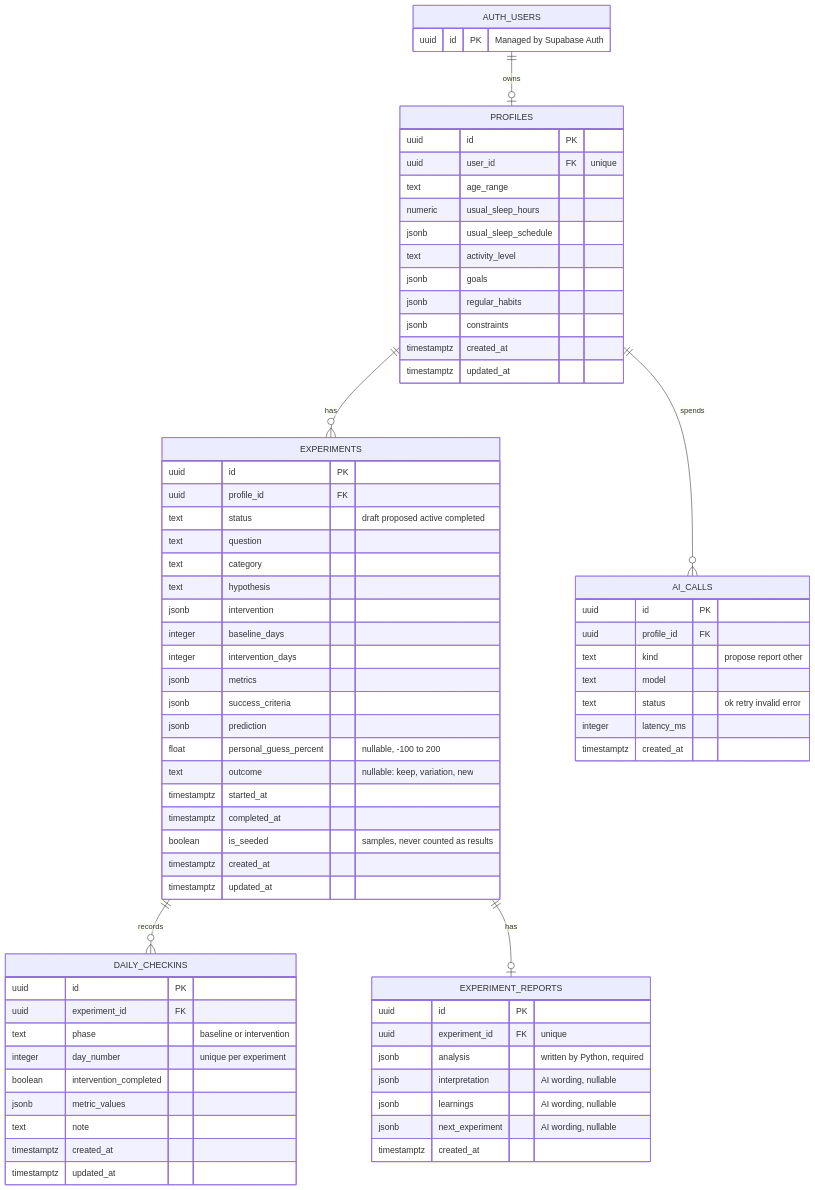
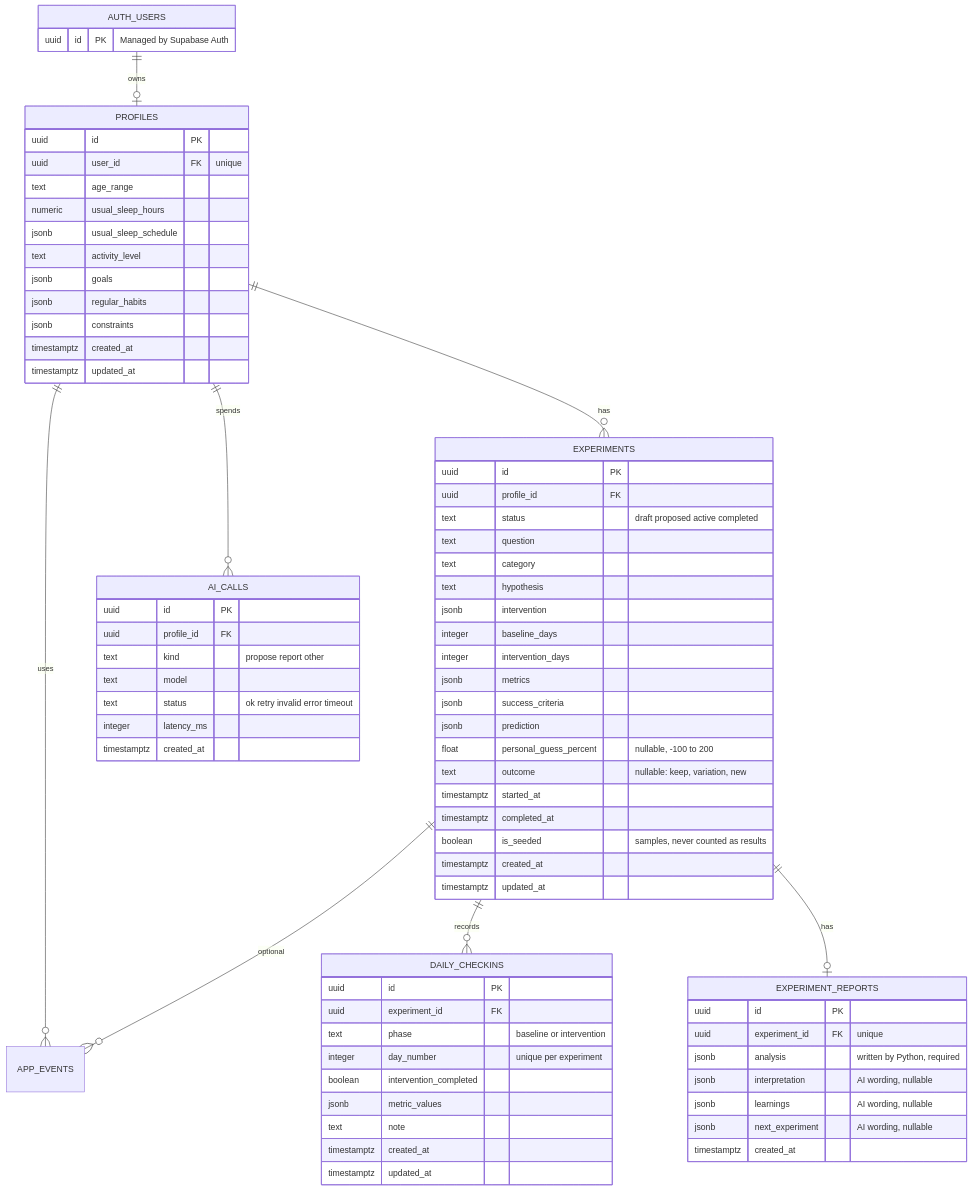
The second of 6 diagrams in docs/ARCHITECTURE.md (mnahsanofficial/rhythm-health), drawn with Mermaid before and after one commit. The commit also changed other lines of this file and 52 other files, not shown here.

````diff
--- a/docs/ARCHITECTURE.md
+++ b/docs/ARCHITECTURE.md
@@ -72,75 +78,77 @@
 ```mermaid
 erDiagram
     AUTH_USERS ||--o| PROFILES : "owns"
     PROFILES ||--o{ EXPERIMENTS : "has"
     PROFILES ||--o{ AI_CALLS : "spends"
+    PROFILES ||--o{ APP_EVENTS : "uses"
+    EXPERIMENTS ||--o{ APP_EVENTS : "optional"
     EXPERIMENTS ||--o{ DAILY_CHECKINS : "records"
     EXPERIMENTS ||--o| EXPERIMENT_REPORTS : "has"
 
     AUTH_USERS {
         uuid id PK "Managed by Supabase Auth"
     }
     PROFILES {
         uuid id PK
         uuid user_id FK "unique"
         text age_range
         numeric usual_sleep_hours
         jsonb usual_sleep_schedule
         text activity_level
         jsonb goals
         jsonb regular_habits
         jsonb constraints
         timestamptz created_at
         timestamptz updated_at
     }
     EXPERIMENTS {
         uuid id PK
         uuid profile_id FK
         text status "draft proposed active completed"
         text question
         text category
         text hypothesis
         jsonb intervention
         integer baseline_days
         integer intervention_days
         jsonb metrics
         jsonb success_criteria
         jsonb prediction
         float personal_guess_percent "nullable, -100 to 200"
         text outcome "nullable: keep, variation, new"
         timestamptz started_at
         timestamptz completed_at
         boolean is_seeded "samples, never counted as results"
         timestamptz created_at
         timestamptz updated_at
     }
     DAILY_CHECKINS {
         uuid id PK
         uuid experiment_id FK
         text phase "baseline or intervention"
         integer day_number "unique per experiment"
         boolean intervention_completed
         jsonb metric_values
         text note
         timestamptz created_at
         timestamptz updated_at
     }
     EXPERIMENT_REPORTS {
         uuid id PK
         uuid experiment_id FK "unique"
         jsonb analysis "written by Python, required"
         jsonb interpretation "AI wording, nullable"
         jsonb learnings "AI wording, nullable"
         jsonb next_experiment "AI wording, nullable"
         timestamptz created_at
     }
     AI_CALLS {
         uuid id PK
         uuid profile_id FK
         text kind "propose report other"
         text model
-        text status "ok retry invalid error"
+        text status "ok retry invalid error timeout"
         integer latency_ms
         timestamptz created_at
     }
 ```
````
